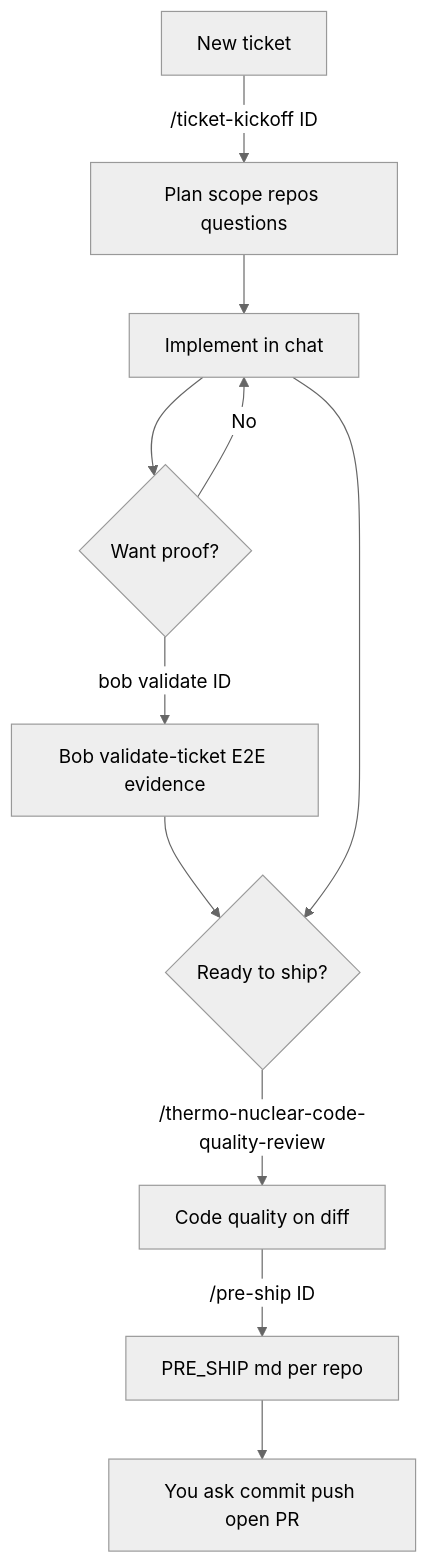
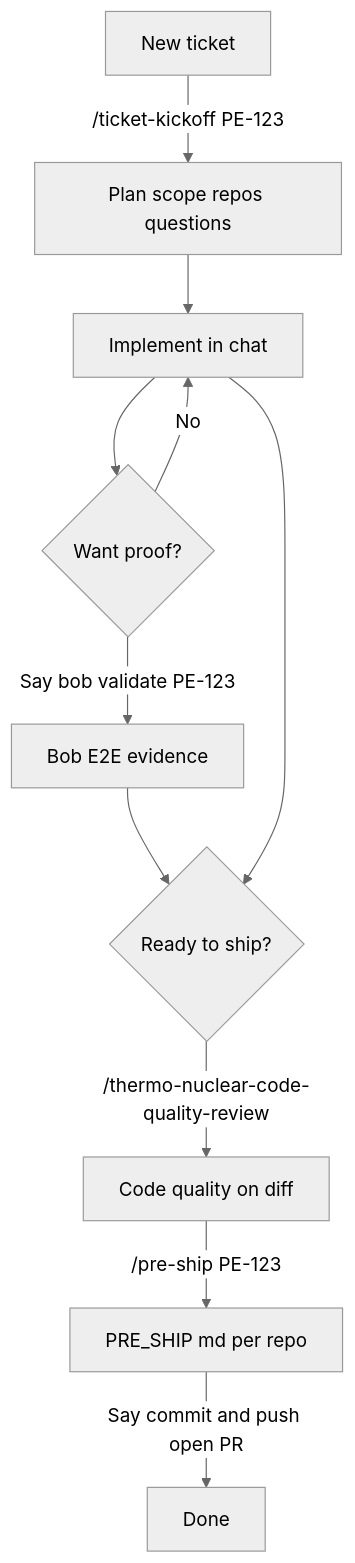
The first of 2 diagrams in WORKFLOW.md (trusttAshutosh/cursor-markdowns), drawn with Mermaid (neutral theme) before and after one commit. The commit also changed other lines of this file and 2 other files, not shown here.

First line of the commit message:
docs: WORKFLOW flowchart - /commands vs Say natural language

````diff
--- a/WORKFLOW.md
+++ b/WORKFLOW.md
@@ -7,13 +7,13 @@
 ```mermaid
 flowchart TD
-  A[New ticket] -->|/ticket-kickoff ID| B[Plan scope repos questions]
+  A[New ticket] -->|/ticket-kickoff PE-123| B[Plan scope repos questions]
   B --> C[Implement in chat]
   C --> D{Want proof?}
   D -->|No| C
-  D -->|bob validate ID| E[Bob validate-ticket E2E evidence]
+  D -->|Say bob validate PE-123| E[Bob E2E evidence]
   E --> F{Ready to ship?}
   C --> F
   F -->|/thermo-nuclear-code-quality-review| G[Code quality on diff]
-  G -->|/pre-ship ID| H[PRE_SHIP md per repo]
-  H --> I[You ask commit push open PR]
+  G -->|/pre-ship PE-123| H[PRE_SHIP md per repo]
+  H -->|Say commit and push open PR| I[Done]
 ```
````
